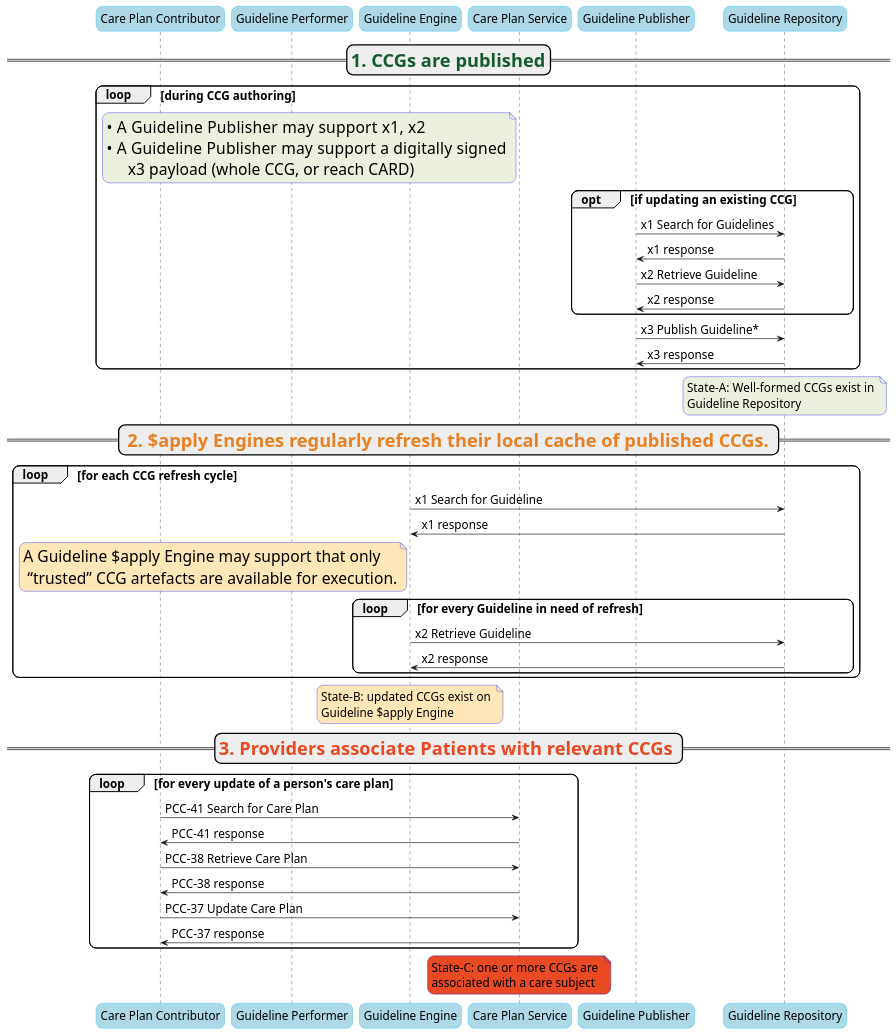
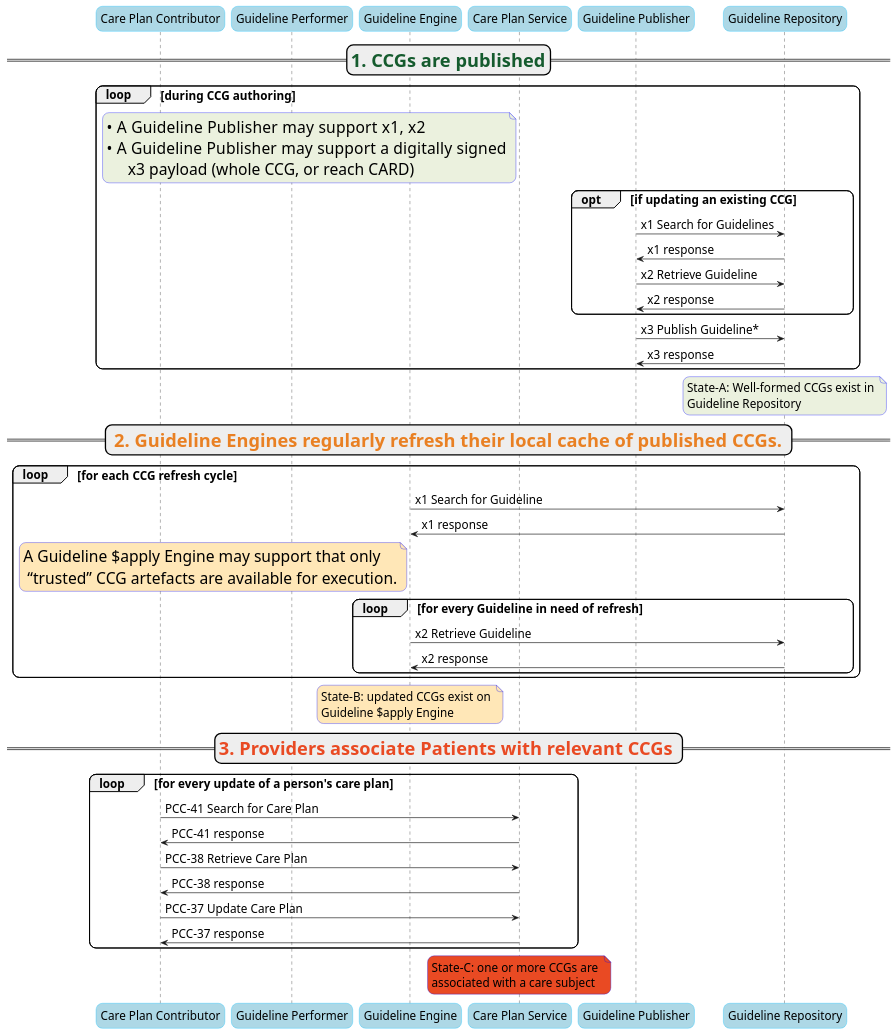
The diagram in input/images-source/image7.plantuml (IHE/QRPH.CCG), drawn with PlantUML before and after one commit.

```diff
--- a/input/images-source/image7.plantuml
+++ b/input/images-source/image7.plantuml
@@ -1,65 +1,65 @@
 @startuml
 skinparam defaultFontSize        18
 skinparam roundcorner            20
 skinparam Note {
 BackgroundColor LightBlue
 BorderColor Blue
 }
 skinparam Participant {
 FontName Arial
 Style awesome
 BorderColor DeepSkyBlue
 BackgroundColor LightBlue
 }
 participant "Care Plan Contributor" as cpc
 participant "Guideline Performer" as gf
 participant "Guideline Engine" as ge
 participant "Care Plan Service" as cps
 participant "Guideline Publisher" as gp
 participant "Guideline Repository" as gr
 
 ==<size 28><color #155b2e>1. CCGs are published==
 
 loop during CCG authoring
   note left of cps #EBF1DE
 <size 24>•   A Guideline Publisher may support x1, x2
 <size 24>•   A Guideline Publisher may support a digitally signed
    <size 24>   x3 payload (whole CCG, or reach CARD)
 end note
  opt if updating an existing CCG
   gp -> gr: x1 Search for Guidelines
   gr -> gp: x1 response
 
   gp -> gr: x2 Retrieve Guideline
   gr -> gp: x2 response
  end opt
  gp -> gr: x3 Publish Guideline*
  gr -> gp: x3 response
 end loop
 note over gr #EBF1DE: <size 18>State-A: Well-formed CCGs exist in \n<size 18>Guideline Repository
-==<size 28><color #e98023> 2. $apply Engines regularly refresh their local cache of published CCGs. ==
+==<size 28><color #e98023> 2. Guideline Engines regularly refresh their local cache of published CCGs. ==
 
 loop for each CCG refresh cycle
  ge -> gr: x1 Search for Guideline
  gr -> ge: x1 response
  note left of ge #FFE7B7
  <size 24>A Guideline $apply Engine may support that only
  <size 24> “trusted” CCG artefacts are available for execution.
 end note
  loop for every Guideline in need of refresh
   ge -> gr: x2 Retrieve Guideline
   gr -> ge: x2 response
  end loop for Guideline refresh 
 end loop for refresh cycle
 note over ge #FFE7B7: <size 18>State-B: updated CCGs exist on \n<size 18>Guideline $apply Engine
 ==<size 28><color #e94a23>3. Providers associate Patients with relevant CCGs ==
 loop for every update of a person's care plan
  cpc -> cps: PCC-41 Search for Care Plan
  cps -> cpc: PCC-41 response
  cpc -> cps: PCC-38 Retrieve Care Plan
  cps -> cpc: PCC-38 response
  cpc -> cps: PCC-37 Update Care Plan
  cps -> cpc: PCC-37 response
 end loop
 note over cps #e94a23: <size 18>State-C: one or more CCGs are \n<size 18>associated with a care subject
 @enduml
```
